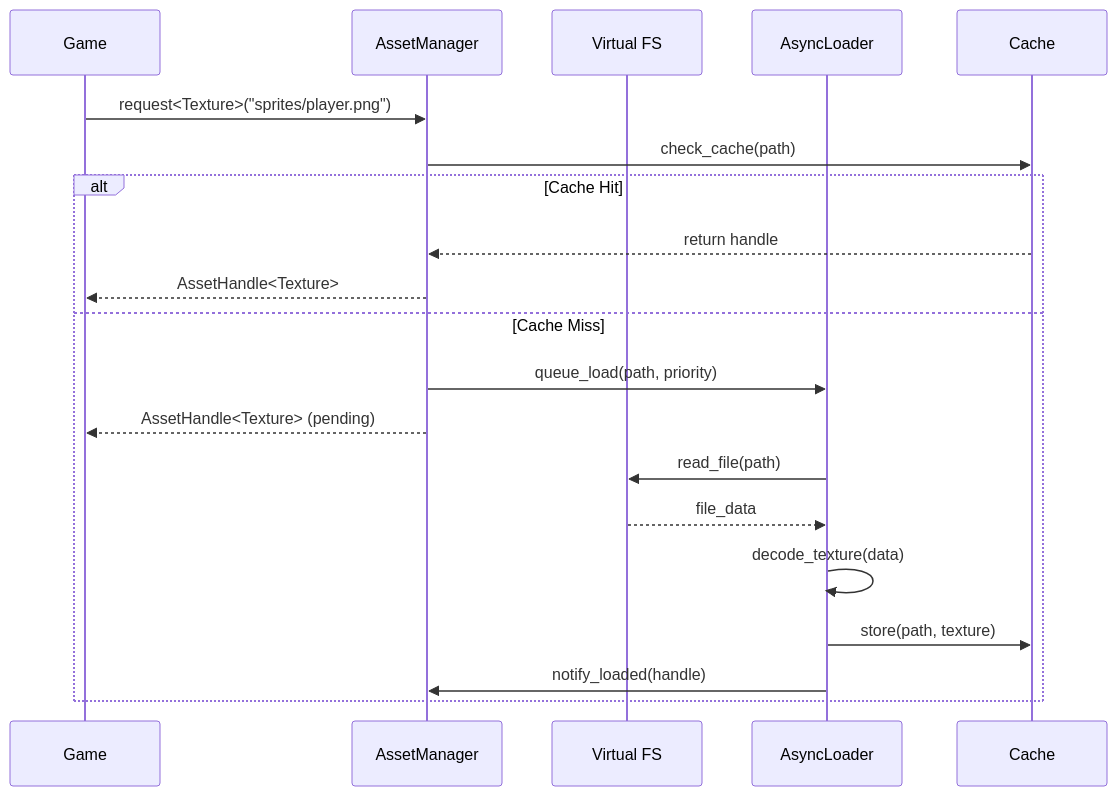
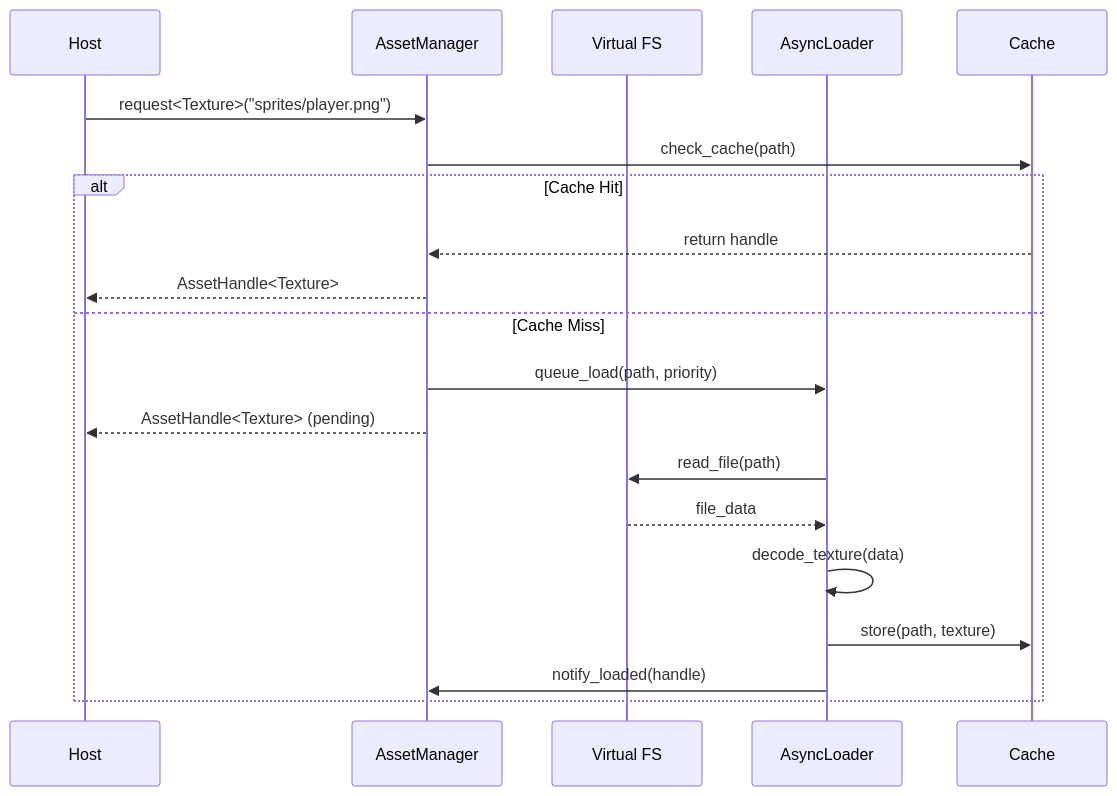
Before and after one commit to jamestl90/realm_engine: the fourth of 4 diagrams in docs/ARCHITECTURE.md, drawn with Mermaid. The commit also changed other lines of this file and 33 other files, not shown here.

````diff
--- a/docs/ARCHITECTURE.md
+++ b/docs/ARCHITECTURE.md
@@ -415,25 +421,25 @@
 ```mermaid
 sequenceDiagram
-    participant Game
+    participant Host
     participant AM as AssetManager
     participant VFS as Virtual FS
     participant Loader as AsyncLoader
     participant Cache
     
-    Game->>AM: request<Texture>("sprites/player.png")
+    Host->>AM: request<Texture>("sprites/player.png")
     AM->>Cache: check_cache(path)
     
     alt Cache Hit
         Cache-->>AM: return handle
-        AM-->>Game: AssetHandle<Texture>
+        AM-->>Host: AssetHandle<Texture>
     else Cache Miss
         AM->>Loader: queue_load(path, priority)
-        AM-->>Game: AssetHandle<Texture> (pending)
+        AM-->>Host: AssetHandle<Texture> (pending)
         
         Loader->>VFS: read_file(path)
         VFS-->>Loader: file_data
         Loader->>Loader: decode_texture(data)
         Loader->>Cache: store(path, texture)
         Loader->>AM: notify_loaded(handle)
     end
 ```
````
